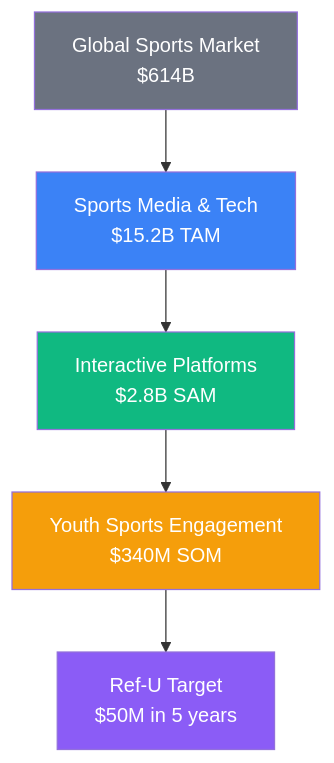
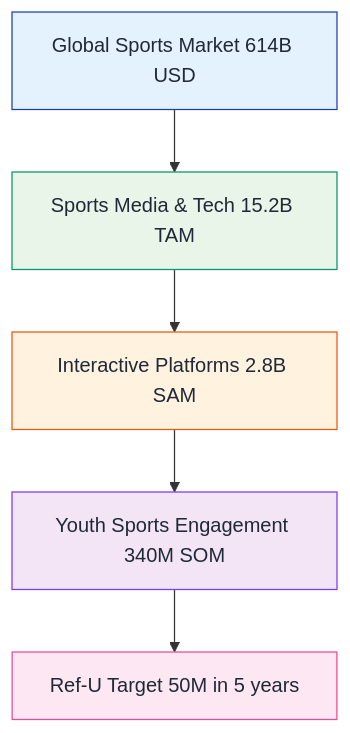
One commit to SkaFld-Ignite/ref-u-wireframes changed the first of 4 diagrams in docs/market-analysis.md. Above: the diagram before and after it, drawn with Mermaid. The commit also changed other lines of this file and 3 other files, not shown here.

Commit message:
Fix: Remove HTML br tags and dollar signs from all Mermaid diagrams - resolves parse errors

````diff
--- a/docs/market-analysis.md
+++ b/docs/market-analysis.md
@@ -11,14 +11,14 @@
 ```mermaid
 graph TD
-    A[Global Sports Market<br/>$614B] --> B[Sports Media & Tech<br/>$15.2B TAM]
-    B --> C[Interactive Platforms<br/>$2.8B SAM]
-    C --> D[Youth Sports Engagement<br/>$340M SOM]
+    A[Global Sports Market 614B USD] --> B[Sports Media & Tech 15.2B TAM]
+    B --> C[Interactive Platforms 2.8B SAM]
+    C --> D[Youth Sports Engagement 340M SOM]
     
-    D --> E[Ref-U Target<br/>$50M in 5 years]
+    D --> E[Ref-U Target 50M in 5 years]
     
-    style A fill:#6b7280,color:white
-    style B fill:#3b82f6,color:white
-    style C fill:#10b981,color:white
-    style D fill:#f59e0b,color:white
-    style E fill:#8b5cf6,color:white
+    style A fill:#e3f2fd,stroke:#1e40af,color:#1f2937
+    style B fill:#e8f5e8,stroke:#059669,color:#1f2937
+    style C fill:#fff3e0,stroke:#ea580c,color:#1f2937
+    style D fill:#f3e5f5,stroke:#7c3aed,color:#1f2937
+    style E fill:#fce7f3,stroke:#ec4899,color:#1f2937
 ```
````
